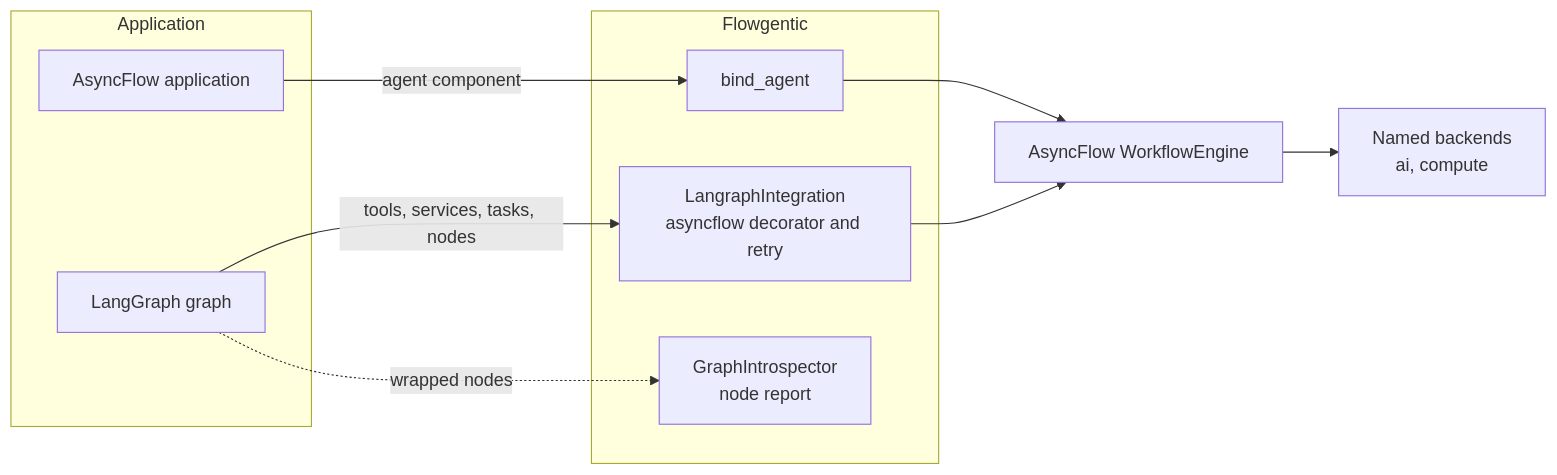
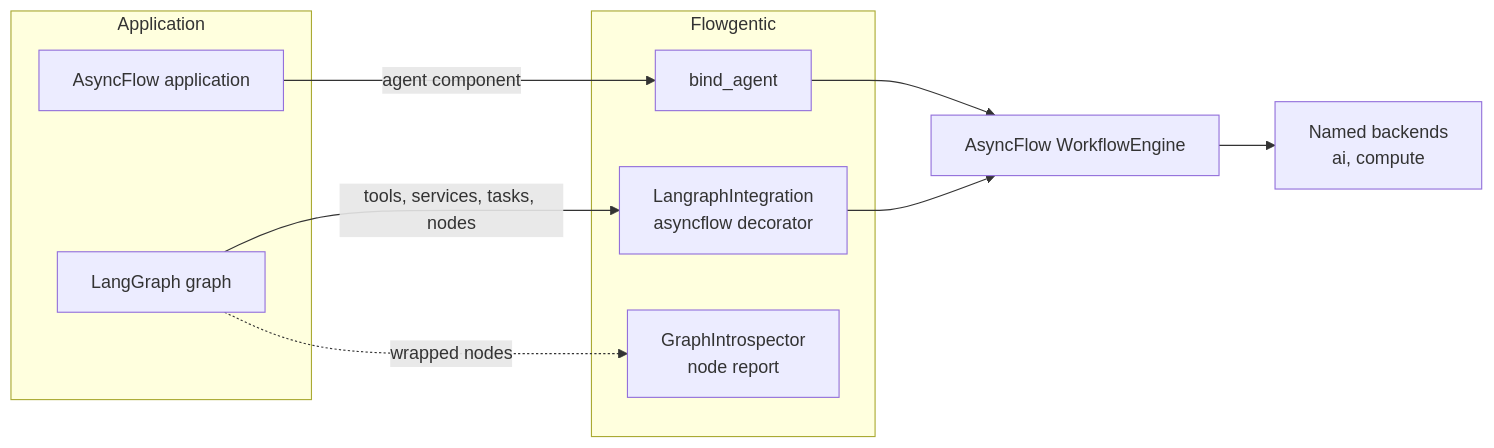
Before and after one commit to stride-research/flowgentic: the first of 3 diagrams in docs/architecture.md, drawn with Mermaid. The commit also changed other lines of this file and 24 other files, not shown here.

````diff
--- a/docs/architecture.md
+++ b/docs/architecture.md
@@ -9,18 +9,18 @@
 ```mermaid
 flowchart LR
   subgraph Application
     APP[AsyncFlow application]
     GRAPH[LangGraph graph]
   end
   subgraph Flowgentic
     BIND[bind_agent]
-    LGI[LangraphIntegration<br/>asyncflow decorator and retry]
+    LGI[LangraphIntegration<br/>asyncflow decorator]
     INTRO[GraphIntrospector<br/>node report]
   end
   APP -- agent component --> BIND
   GRAPH -- tools, services, tasks, nodes --> LGI
   GRAPH -. wrapped nodes .-> INTRO
   BIND --> ENGINE[AsyncFlow WorkflowEngine]
   LGI --> ENGINE
   ENGINE --> BACKENDS[Named backends<br/>ai, compute]
 ```
````
